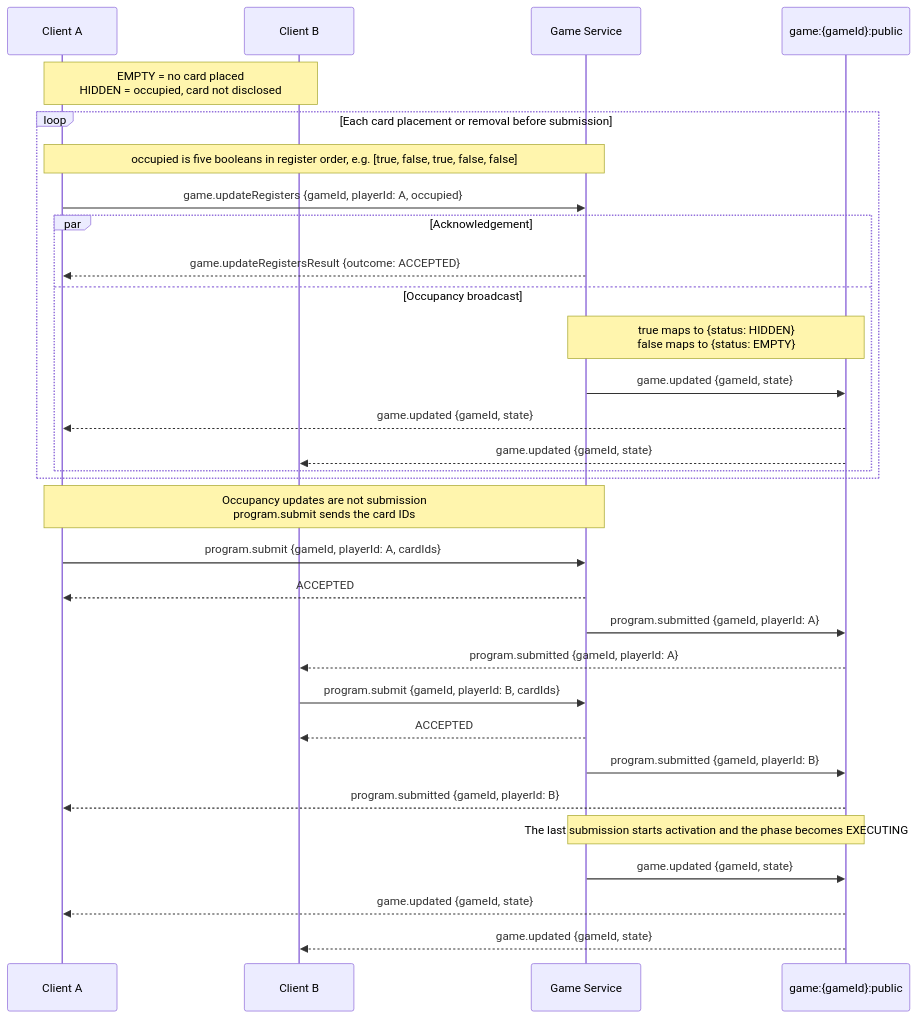
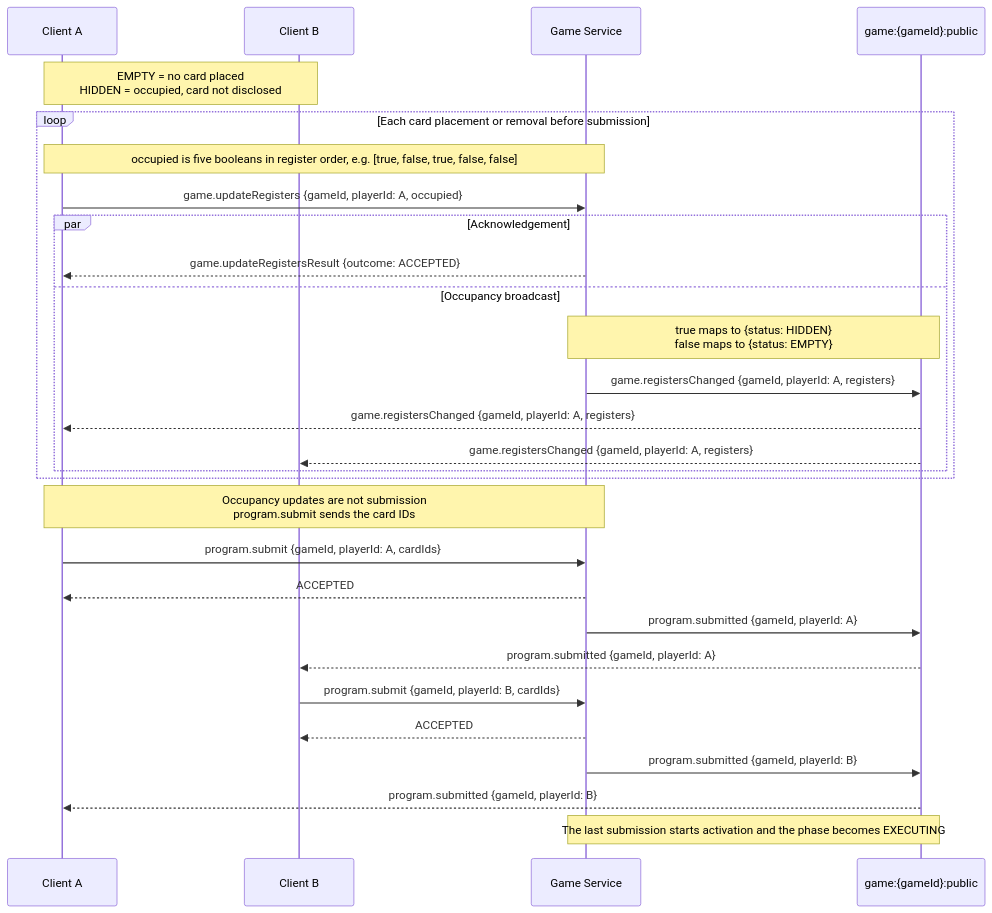
The second of 5 diagrams in docs/Communication.md (hananinas/RoboRally), drawn with Mermaid before and after one commit. The commit also changed other lines of this file and 2 other files, not shown here.

First line of the commit message:
docs: broadcast register occupancy through game.registersChanged

````diff
--- a/docs/Communication.md
+++ b/docs/Communication.md
@@ -216,37 +220,34 @@
 ```mermaid
 sequenceDiagram
     participant A as Client A
     participant B as Client B
     participant Server as Game Service
     participant Public as game:{gameId}:public
 
     Note over A,B: EMPTY = no card placed<br/>HIDDEN = occupied, card not disclosed
     loop Each card placement or removal before submission
         Note over A,Server: occupied is five booleans in register order, e.g. [true, false, true, false, false]
         A->>Server: game.updateRegisters {gameId, playerId: A, occupied}
         par Acknowledgement
             Server-->>A: game.updateRegistersResult {outcome: ACCEPTED}
         and Occupancy broadcast
             Note over Server,Public: true maps to {status: HIDDEN}<br/>false maps to {status: EMPTY}
-            Server->>Public: game.updated {gameId, state}
-            Public-->>A: game.updated {gameId, state}
-            Public-->>B: game.updated {gameId, state}
+            Server->>Public: game.registersChanged {gameId, playerId: A, registers}
+            Public-->>A: game.registersChanged {gameId, playerId: A, registers}
+            Public-->>B: game.registersChanged {gameId, playerId: A, registers}
         end
     end
 
     Note over A,Server: Occupancy updates are not submission<br/>program.submit sends the card IDs
     A->>Server: program.submit {gameId, playerId: A, cardIds}
     Server-->>A: ACCEPTED
     Server->>Public: program.submitted {gameId, playerId: A}
     Public-->>B: program.submitted {gameId, playerId: A}
 
     B->>Server: program.submit {gameId, playerId: B, cardIds}
     Server-->>B: ACCEPTED
     Server->>Public: program.submitted {gameId, playerId: B}
     Public-->>A: program.submitted {gameId, playerId: B}
 
     Note over Server,Public: The last submission starts activation and the phase becomes EXECUTING
-    Server->>Public: game.updated {gameId, state}
-    Public-->>A: game.updated {gameId, state}
-    Public-->>B: game.updated {gameId, state}
 ```
````
